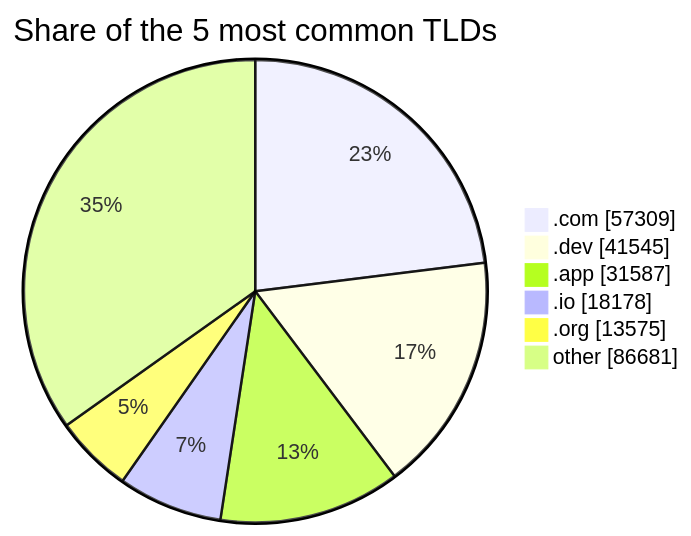
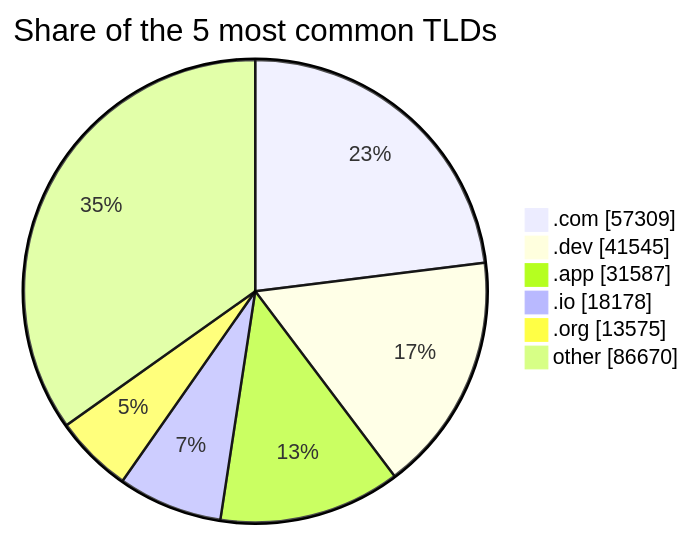
One commit to DNSBunker/CTI changed the second of 2 diagrams in README.md. Above: the diagram before and after it, drawn with Mermaid. The commit also changed other lines of this file and 3 other files, not shown here.

````diff
--- a/README.md
+++ b/README.md
@@ -72,9 +72,9 @@
 ```mermaid
 pie showData title Share of the 5 most common TLDs
     ".com" : 57309
     ".dev" : 41545
     ".app" : 31587
     ".io" : 18178
     ".org" : 13575
-    "other" : 86681
+    "other" : 86670
 ```
````
